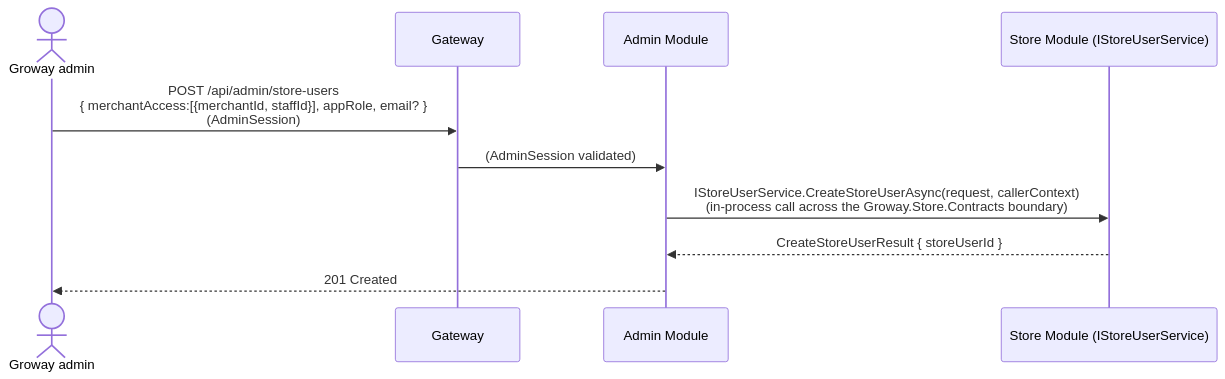
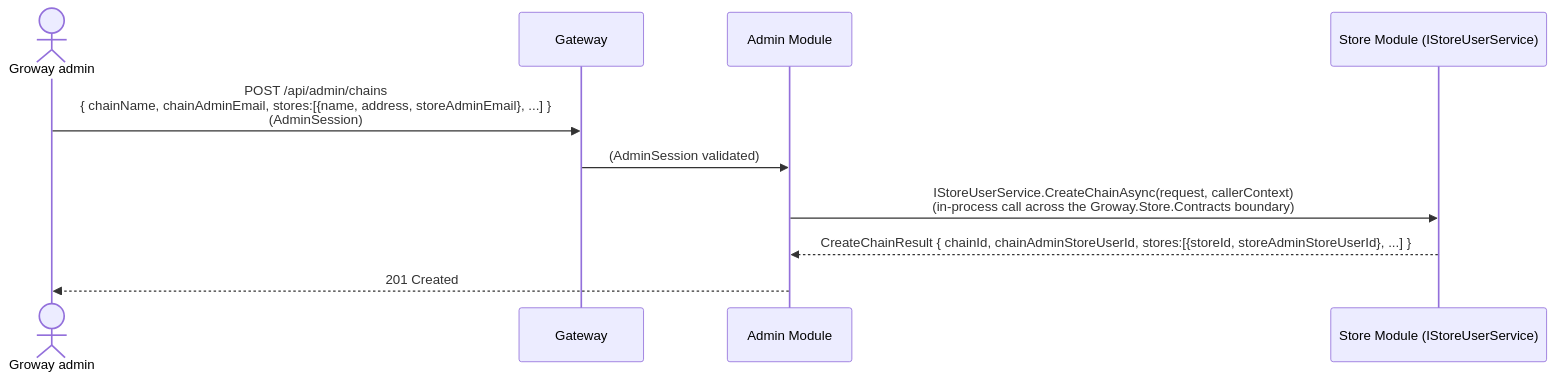
One commit to szhanggit/appointmentsystemdesign changed the first of 6 diagrams in usercasestudy/growayshop-registration-workflow.md. Above: the diagram before and after it, drawn with Mermaid. The commit also changed other lines of this file and 6 other files, not shown here.

Commit message:
merchant -> chain

````diff
--- a/usercasestudy/growayshop-registration-workflow.md
+++ b/usercasestudy/growayshop-registration-workflow.md
@@ -49,13 +70,13 @@
 ```mermaid
 sequenceDiagram
     actor GA as Groway admin
     participant GW as Gateway
     participant AM as Admin Module
     participant SM as Store Module (IStoreUserService)
 
-    GA->>GW: POST /api/admin/store-users<br/>{ merchantAccess:[{merchantId, staffId}], appRole, email? }<br/>(AdminSession)
+    GA->>GW: POST /api/admin/chains<br/>{ chainName, chainAdminEmail, stores:[{name, address, storeAdminEmail}, ...] }<br/>(AdminSession)
     GW->>AM: (AdminSession validated)
-    AM->>SM: IStoreUserService.CreateStoreUserAsync(request, callerContext)<br/>(in-process call across the Groway.Store.Contracts boundary)
-    SM-->>AM: CreateStoreUserResult { storeUserId }
+    AM->>SM: IStoreUserService.CreateChainAsync(request, callerContext)<br/>(in-process call across the Groway.Store.Contracts boundary)
+    SM-->>AM: CreateChainResult { chainId, chainAdminStoreUserId, stores:[{storeId, storeAdminStoreUserId}, ...] }
     AM-->>GA: 201 Created
 ```
````
